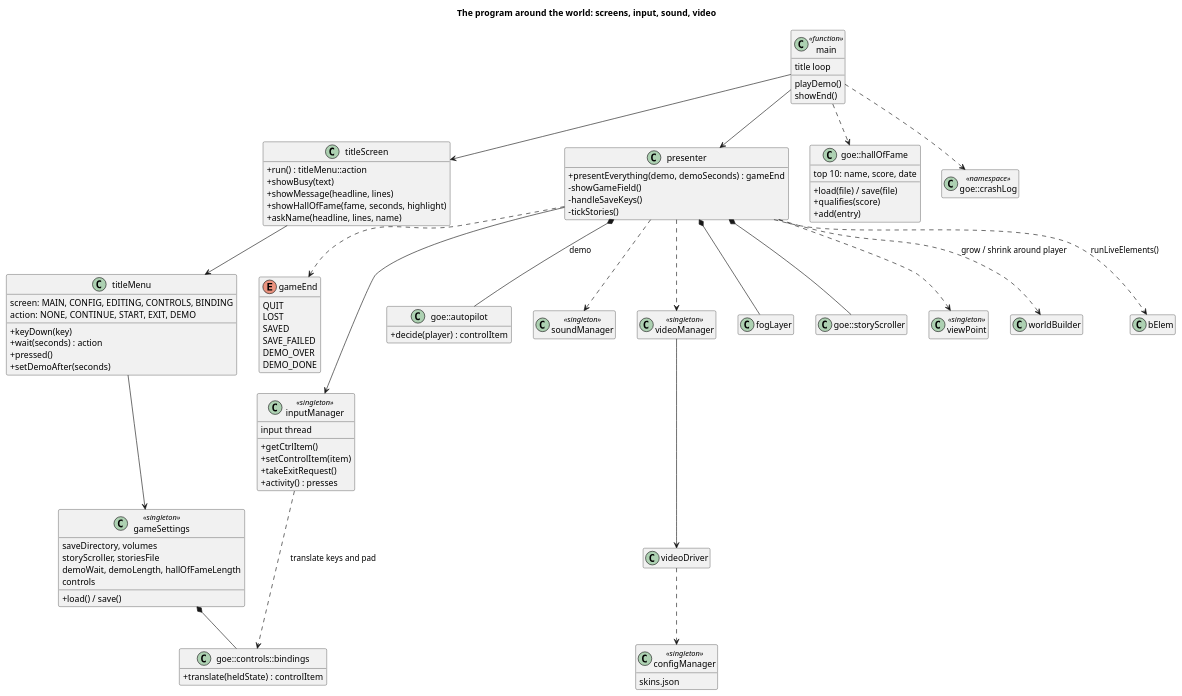
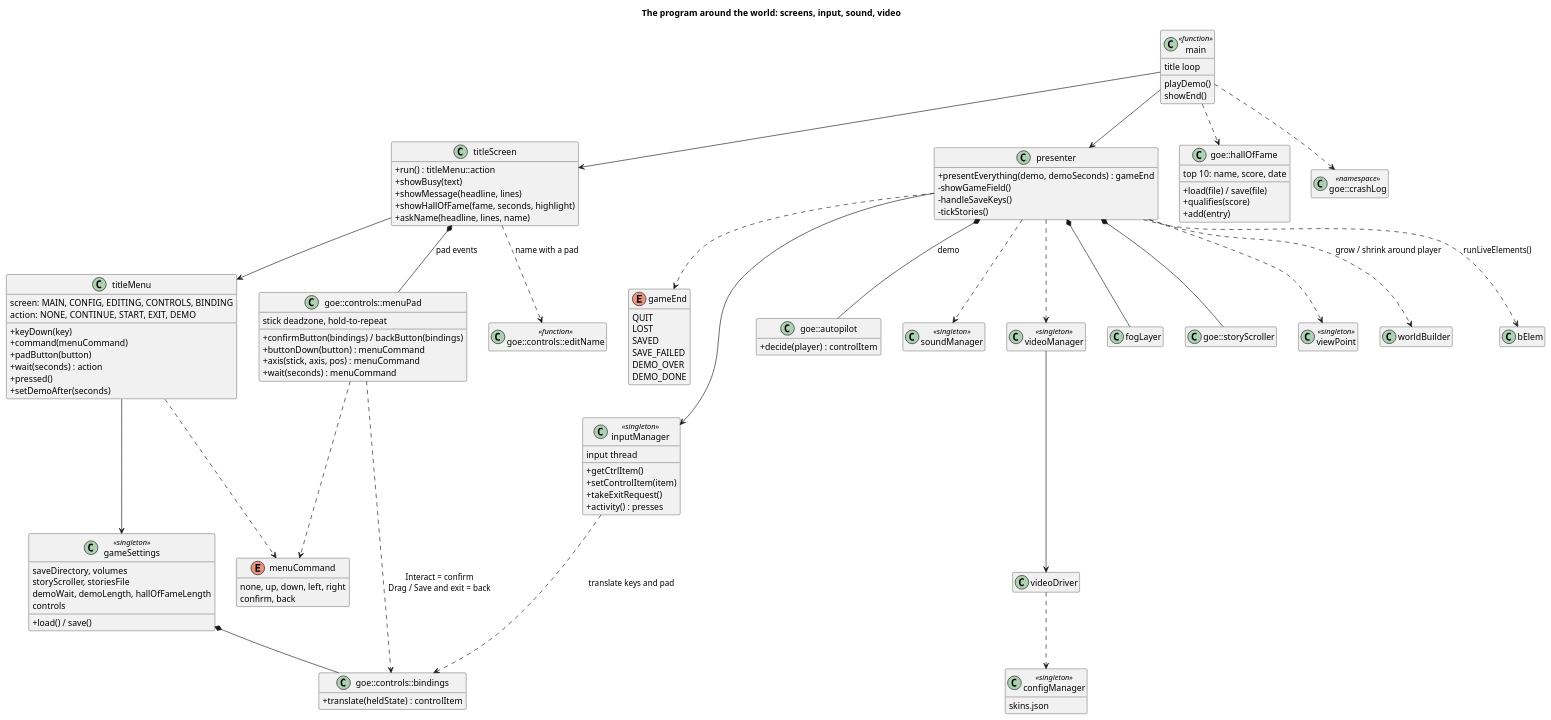
One commit to arielkonopka/Gardens-of-Eris changed the diagram in docs/diagrams/03-application-classes.puml. Above: the diagram before and after it, drawn with PlantUML. The commit also changed 33 other files, not shown here.

First line of the commit message:
Class docs in docs/classes, diagrams brought up to date, old documents removed

```diff
--- a/docs/diagrams/03-application-classes.puml
+++ b/docs/diagrams/03-application-classes.puml
@@ -1,97 +1,116 @@
 @startuml
 title The program around the world: screens, input, sound, video
 skinparam classAttributeIconSize 0
 hide empty members
 
 class main <<function>> {
   title loop
   playDemo()
   showEnd()
 }
 class titleScreen {
   +run() : titleMenu::action
   +showBusy(text)
   +showMessage(headline, lines)
   +showHallOfFame(fame, seconds, highlight)
   +askName(headline, lines, name)
 }
 class titleMenu {
   screen: MAIN, CONFIG, EDITING, CONTROLS, BINDING
   action: NONE, CONTINUE, START, EXIT, DEMO
   +keyDown(key)
+  +command(menuCommand)
+  +padButton(button)
   +wait(seconds) : action
   +pressed()
   +setDemoAfter(seconds)
 }
 class gameSettings <<singleton>> {
   saveDirectory, volumes
   storyScroller, storiesFile
   demoWait, demoLength, hallOfFameLength
   controls
   +load() / save()
 }
 class "goe::controls::bindings" as bindings {
   +translate(heldState) : controlItem
 }
+class "goe::controls::menuPad" as menuPad {
+  stick deadzone, hold-to-repeat
+  +confirmButton(bindings) / backButton(bindings)
+  +buttonDown(button) : menuCommand
+  +axis(stick, axis, pos) : menuCommand
+  +wait(seconds) : menuCommand
+}
+enum menuCommand {
+  none, up, down, left, right
+  confirm, back
+}
+class "goe::controls::editName" as editName <<function>>
 class presenter {
   +presentEverything(demo, demoSeconds) : gameEnd
   -showGameField()
   -handleSaveKeys()
   -tickStories()
 }
 enum gameEnd {
   QUIT
   LOST
   SAVED
   SAVE_FAILED
   DEMO_OVER
   DEMO_DONE
 }
 class inputManager <<singleton>> {
   input thread
   +getCtrlItem()
   +setControlItem(item)
   +takeExitRequest()
   +activity() : presses
 }
 class "goe::autopilot" as autopilot {
   +decide(player) : controlItem
 }
 class "goe::hallOfFame" as hallOfFame {
   top 10: name, score, date
   +load(file) / save(file)
   +qualifies(score)
   +add(entry)
 }
 class soundManager <<singleton>>
 class videoManager <<singleton>>
 class videoDriver
 class configManager <<singleton>> {
   skins.json
 }
 class fogLayer
 class "goe::storyScroller" as storyScroller
 class viewPoint <<singleton>>
 class "goe::crashLog" as crashLog <<namespace>>
 
 main --> titleScreen
 main --> presenter
 main ..> hallOfFame
 main ..> crashLog
 titleScreen --> titleMenu
+titleScreen *-- menuPad : pad events
+titleScreen ..> editName : name with a pad
+menuPad ..> menuCommand
+menuPad ..> bindings : Interact = confirm\nDrag / Save and exit = back
+titleMenu ..> menuCommand
 titleMenu --> gameSettings
 gameSettings *-- bindings
 inputManager ..> bindings : translate keys and pad
 presenter --> inputManager
 presenter *-- autopilot : demo
 presenter *-- fogLayer
 presenter *-- storyScroller
 presenter ..> soundManager
 presenter ..> videoManager
 presenter ..> viewPoint
 presenter ..> gameEnd
 videoManager --> videoDriver
 videoDriver ..> configManager
 presenter ..> "worldBuilder" : grow / shrink around player
 presenter ..> "bElem" : runLiveElements()
 @enduml
```
